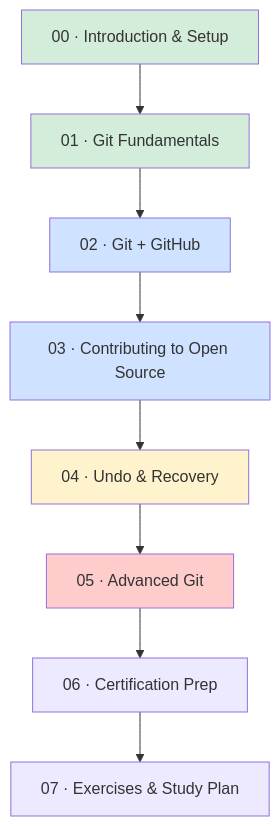
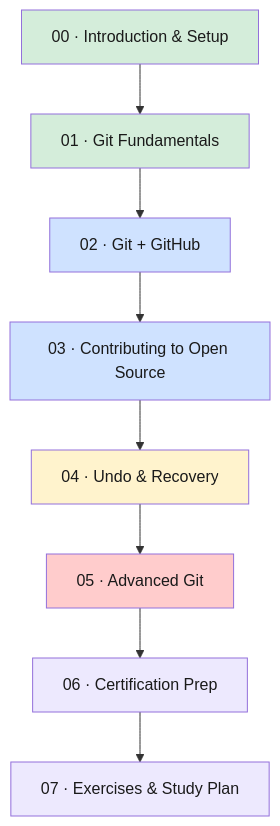
One commit to ghanendra-sdet/git-tutorials changed the diagram in README.md. Above: the diagram before and after it, drawn with Mermaid. The commit also changed 5 other files, not shown here.

First line of the commit message:
fix: illegible mermaid diagram text in dark mode

````diff
--- a/README.md
+++ b/README.md
@@ -63,19 +63,19 @@
 ```mermaid
 flowchart TD
     M00["00 · Introduction & Setup"] --> M01["01 · Git Fundamentals"]
     M01 --> M02["02 · Git + GitHub"]
     M02 --> M03["03 · Contributing to Open Source"]
     M03 --> M04["04 · Undo & Recovery"]
     M04 --> M05["05 · Advanced Git"]
     M05 --> M06["06 · Certification Prep"]
     M06 --> M07["07 · Exercises & Study Plan"]
 
-    style M00 fill:#d4edda
-    style M01 fill:#d4edda
-    style M02 fill:#cfe2ff
-    style M03 fill:#cfe2ff
-    style M04 fill:#fff3cd
-    style M05 fill:#ffcccc
-    style M06 fill:#ede9fe
-    style M07 fill:#ede9fe
+    style M00 fill:#d4edda,color:#1a1a1a
+    style M01 fill:#d4edda,color:#1a1a1a
+    style M02 fill:#cfe2ff,color:#1a1a1a
+    style M03 fill:#cfe2ff,color:#1a1a1a
+    style M04 fill:#fff3cd,color:#1a1a1a
+    style M05 fill:#ffcccc,color:#1a1a1a
+    style M06 fill:#ede9fe,color:#1a1a1a
+    style M07 fill:#ede9fe,color:#1a1a1a
 ```
````
